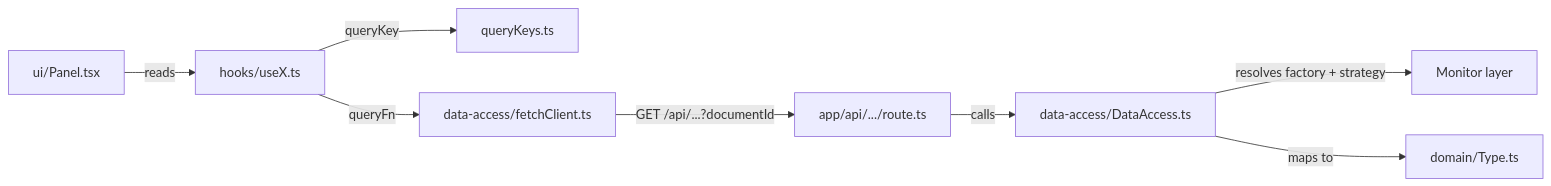
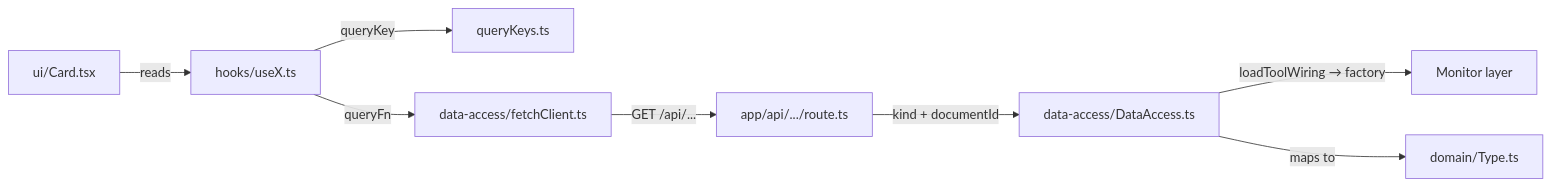
The diagram in apps/docs-site/docs/features.md (webteamuxco/dashboard-monitor), drawn with Mermaid before and after one commit. The commit also changed other lines of this file and 10 other files, not shown here.

````diff
--- a/apps/docs-site/docs/features.md
+++ b/apps/docs-site/docs/features.md
@@ -22,10 +22,10 @@
 ```mermaid
 flowchart LR
-    UI[ui/Panel.tsx] -->|reads| Hook[hooks/useX.ts]
+    UI[ui/Card.tsx] -->|reads| Hook[hooks/useX.ts]
     Hook -->|queryKey| Keys[queryKeys.ts]
     Hook -->|queryFn| ClientFetch[data-access/fetchClient.ts]
-    ClientFetch -->|GET /api/...?documentId| Route[app/api/.../route.ts]
-    Route -->|calls| Server[data-access/DataAccess.ts]
-    Server -->|resolves factory + strategy| Monitor[Monitor layer]
+    ClientFetch -->|GET /api/...| Route[app/api/.../route.ts]
+    Route -->|kind + documentId| Server[data-access/DataAccess.ts]
+    Server -->|loadToolWiring → factory| Monitor[Monitor layer]
     Server -->|maps to| Domain[domain/Type.ts]
 ```
````
